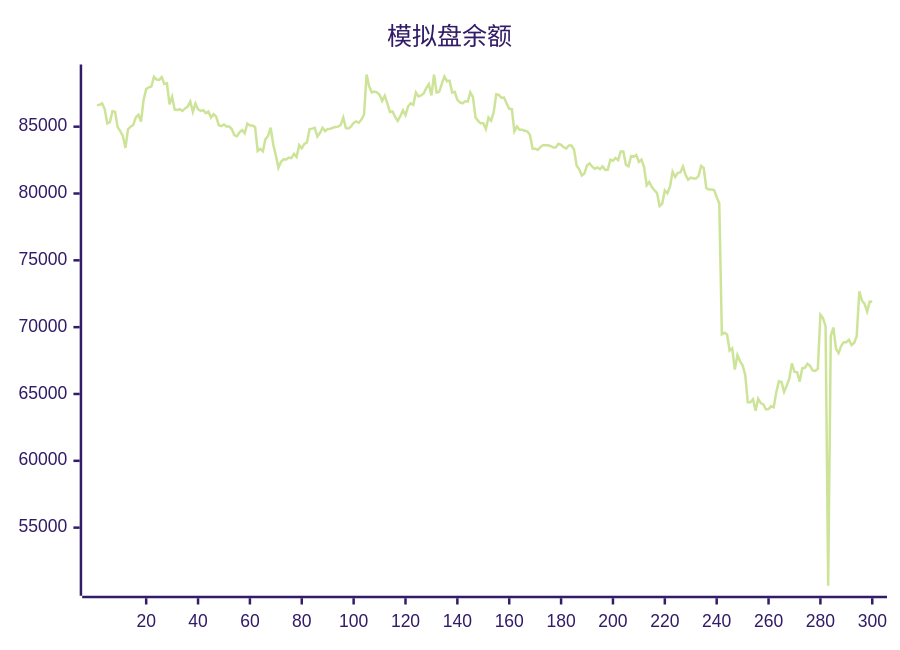
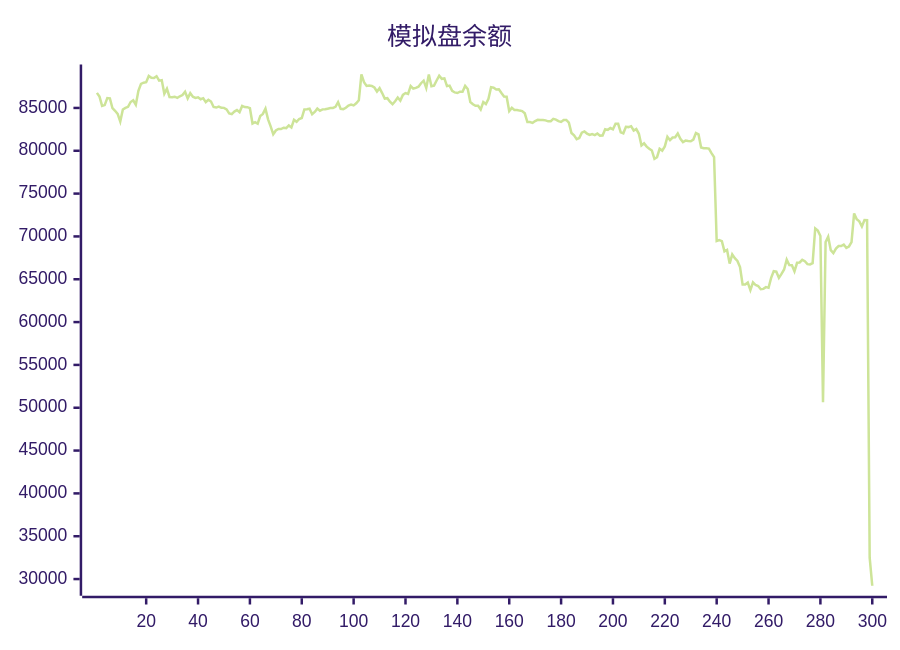
The diagram in README.md (aahl/ai-trading), drawn with Mermaid (forest theme) before and after one commit. The commit also changed other lines of this file and 1 other file, not shown here.

````diff
--- a/README.md
+++ b/README.md
@@ -5,5 +5,5 @@
 ```mermaid
 xychart
     title "模拟盘余额"
-    line [86613,86644,86758,86317,85242,85334,86149,86106,84968,84671,84302,83410,84816,85001,85127,85693,85891,85384,87001,87811,87945,88007,88734,88528,88495,88705,88189,88248,86662,87234,86279,86251,86314,86177,86364,86503,86886,86114,86731,86310,86176,86240,86017,86136,85685,85938,85749,85111,85044,85164,85016,85008,84824,84354,84287,84572,84745,84500,85234,85096,85095,84970,83180,83338,83157,84070,84309,84922,83667,82850,81924,82369,82552,82539,82695,82648,82962,82728,83619,83378,83710,83825,84819,84854,84917,84265,84527,84919,84668,84834,84850,84916,84981,85004,85131,85674,84891,84864,85019,85284,85393,85294,85538,85894,88904,88012,87567,87625,87568,87386,86920,87313,86737,86094,86143,85725,85437,85787,86219,85859,86526,86740,86630,87563,87264,87335,87483,87886,88180,87335,88894,87544,87608,88207,88755,88401,88444,87543,87608,87000,86810,86740,86894,86884,87576,87209,85686,85435,85251,85255,84820,85689,85453,86066,87420,87373,87161,87178,86740,86341,86315,84643,85012,84772,84768,84690,84635,84376,83360,83357,83259,83474,83608,83606,83602,83548,83440,83454,83724,83644,83464,83365,83590,83592,83275,82072,81806,81344,81492,82109,82254,82006,81848,81955,81829,82022,81769,81776,82522,82441,82656,82498,83144,83144,82150,82038,82797,82763,82872,82367,82536,81981,80612,80862,80484,80242,80034,79063,79245,80226,80016,80507,81625,81233,81544,81578,82016,81401,81019,81186,81130,81118,81306,82066,81909,80392,80304,80291,80258,79729,79261,69466,69579,69456,68251,68415,66832,67911,67462,67144,66432,64380,64375,64606,63740,64647,64324,64216,63842,63877,64078,64008,65156,65945,65888,65157,65625,66144,67284,66653,66639,65924,66925,66956,67263,67108,66766,66729,66886,70927,70673,70049,50652,69334,69973,68400,68061,68578,68876,68879,69055,68662,68822,69329,72687,71999,71760,71162,71911,71896]
+    line [86758,86317,85242,85334,86149,86106,84968,84671,84302,83410,84816,85001,85127,85693,85891,85384,87001,87811,87945,88007,88734,88528,88495,88705,88189,88248,86662,87234,86279,86251,86314,86177,86364,86503,86886,86114,86731,86310,86176,86240,86017,86136,85685,85938,85749,85111,85044,85164,85016,85008,84824,84354,84287,84572,84745,84500,85234,85096,85095,84970,83180,83338,83157,84070,84309,84922,83667,82850,81924,82369,82552,82539,82695,82648,82962,82728,83619,83378,83710,83825,84819,84854,84917,84265,84527,84919,84668,84834,84850,84916,84981,85004,85131,85674,84891,84864,85019,85284,85393,85294,85538,85894,88904,88012,87567,87625,87568,87386,86920,87313,86737,86094,86143,85725,85437,85787,86219,85859,86526,86740,86630,87563,87264,87335,87483,87886,88180,87335,88894,87544,87608,88207,88755,88401,88444,87543,87608,87000,86810,86740,86894,86884,87576,87209,85686,85435,85251,85255,84820,85689,85453,86066,87420,87373,87161,87178,86740,86341,86315,84643,85012,84772,84768,84690,84635,84376,83360,83357,83259,83474,83608,83606,83602,83548,83440,83454,83724,83644,83464,83365,83590,83592,83275,82072,81806,81344,81492,82109,82254,82006,81848,81955,81829,82022,81769,81776,82522,82441,82656,82498,83144,83144,82150,82038,82797,82763,82872,82367,82536,81981,80612,80862,80484,80242,80034,79063,79245,80226,80016,80507,81625,81233,81544,81578,82016,81401,81019,81186,81130,81118,81306,82066,81909,80392,80304,80291,80258,79729,79261,69466,69579,69456,68251,68415,66832,67911,67462,67144,66432,64380,64375,64606,63740,64647,64324,64216,63842,63877,64078,64008,65156,65945,65888,65157,65625,66144,67284,66653,66639,65924,66925,66956,67263,67108,66766,66729,66886,70927,70673,70049,50652,69334,69973,68400,68061,68578,68876,68879,69055,68662,68822,69329,72687,71999,71760,71162,71911,71896,32500,29218]
 ```
````
